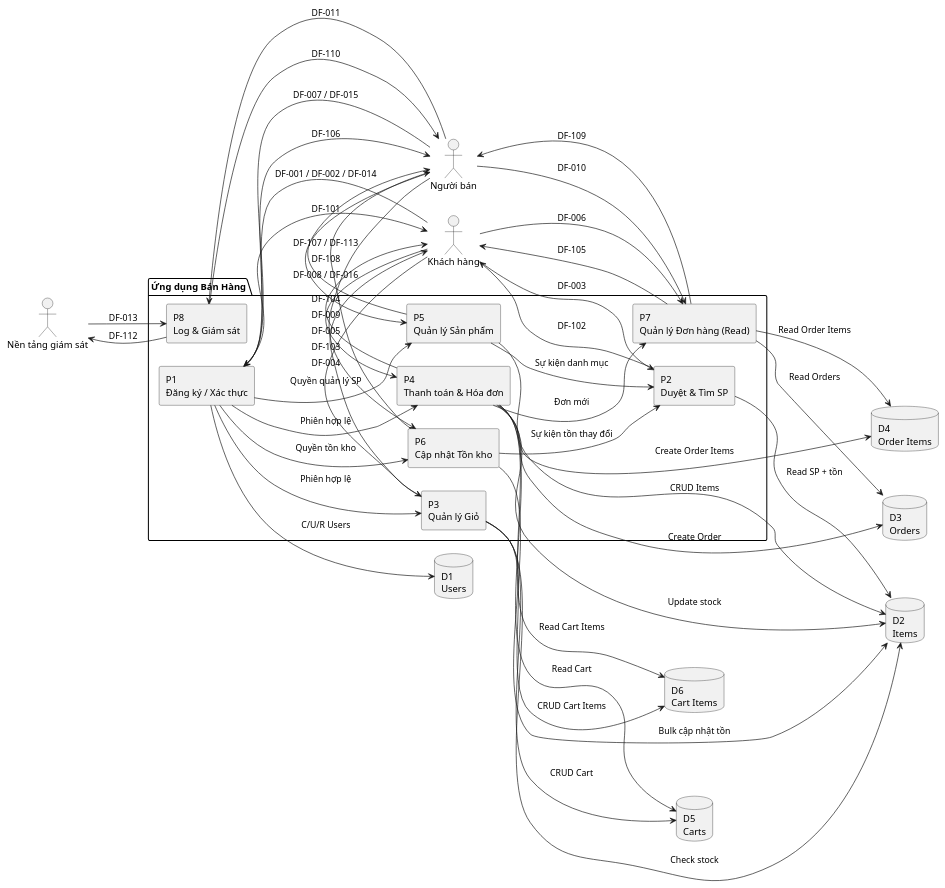
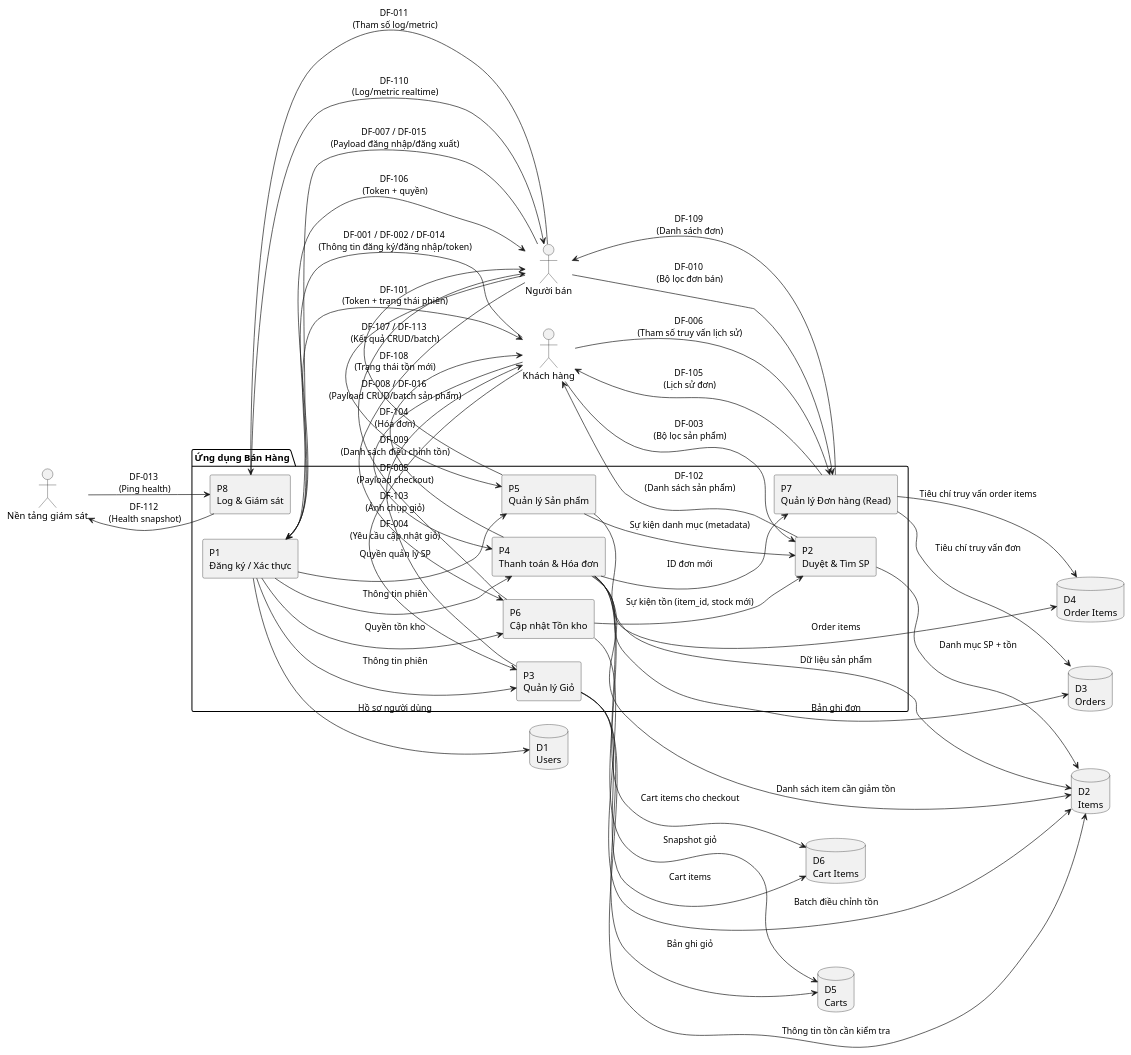
One commit to KhoaNguyen01004/QuanLyBanHang changed the diagram in Diagrams/software_dfd_level1.puml. Above: the diagram before and after it, drawn with PlantUML. The commit also changed 9 other files, not shown here.

```diff
--- a/Diagrams/software_dfd_level1.puml
+++ b/Diagrams/software_dfd_level1.puml
@@ -1,80 +1,80 @@
 @startuml DFD_Level_1
 hide stereotype
 left to right direction
 ' Legend: P# = Process, D# = Data Store
 
 actor "Khách hàng" as Customer
 actor "Người bán" as Merchant
 actor "Nền tảng giám sát" as Monitor
 
 package "Ứng dụng Bán Hàng" as System {
   rectangle "P1\nĐăng ký / Xác thực" as P1
   rectangle "P2\nDuyệt & Tìm SP" as P2
   rectangle "P3\nQuản lý Giỏ" as P3
   rectangle "P4\nThanh toán & Hóa đơn" as P4
   rectangle "P5\nQuản lý Sản phẩm" as P5
   rectangle "P6\nCập nhật Tồn kho" as P6
   rectangle "P7\nQuản lý Đơn hàng (Read)" as P7
   rectangle "P8\nLog & Giám sát" as P8
 }
 
 ' Data Stores
 database "D1\nUsers" as D1
 database "D2\nItems" as D2
 database "D3\nOrders" as D3
 database "D4\nOrder Items" as D4
 database "D5\nCarts" as D5
 database "D6\nCart Items" as D6
 
 ' External interactions
-Customer --> P1 : DF-001 / DF-002 / DF-014
-Customer --> P2 : DF-003
-Customer --> P3 : DF-004
-Customer --> P4 : DF-005
-Customer --> P7 : DF-006
-Merchant --> P1 : DF-007 / DF-015
-Merchant --> P5 : DF-008 / DF-016
-Merchant --> P6 : DF-009
-Merchant --> P7 : DF-010
-Merchant --> P8 : DF-011
-Monitor --> P8 : DF-013
+Customer --> P1 : DF-001 / DF-002 / DF-014 \n(Thông tin đăng ký/đăng nhập/token)
+Customer --> P2 : DF-003 \n(Bộ lọc sản phẩm)
+Customer --> P3 : DF-004 \n(Yêu cầu cập nhật giỏ)
+Customer --> P4 : DF-005 \n(Payload checkout)
+Customer --> P7 : DF-006 \n(Tham số truy vấn lịch sử)
+Merchant --> P1 : DF-007 / DF-015 \n(Payload đăng nhập/đăng xuất)
+Merchant --> P5 : DF-008 / DF-016 \n(Payload CRUD/batch sản phẩm)
+Merchant --> P6 : DF-009 \n(Danh sách điều chỉnh tồn)
+Merchant --> P7 : DF-010 \n(Bộ lọc đơn bán)
+Merchant --> P8 : DF-011 \n(Tham số log/metric)
+Monitor --> P8 : DF-013 \n(Ping health)
 
 ' Process-to-process
-P1 --> P3 : Phiên hợp lệ
-P1 --> P4 : Phiên hợp lệ
+P1 --> P3 : Thông tin phiên
+P1 --> P4 : Thông tin phiên
 P1 --> P5 : Quyền quản lý SP
 P1 --> P6 : Quyền tồn kho
-P4 --> P7 : Đơn mới
-P6 --> P2 : Sự kiện tồn thay đổi
-P5 --> P2 : Sự kiện danh mục
+P4 --> P7 : ID đơn mới
+P6 --> P2 : Sự kiện tồn (item_id, stock mới)
+P5 --> P2 : Sự kiện danh mục (metadata)
 
 ' Process ↔ Data Store
-P1 --> D1 : C/U/R Users
-P2 --> D2 : Read SP + tồn
-P3 --> D5 : CRUD Cart
-P3 --> D6 : CRUD Cart Items
-P3 --> D2 : Check stock
-P4 --> D5 : Read Cart
-P4 --> D6 : Read Cart Items
-P4 --> D3 : Create Order
-P4 --> D4 : Create Order Items
-P4 --> D2 : Update stock
-P5 --> D2 : CRUD Items
-P6 --> D2 : Bulk cập nhật tồn
-P7 --> D3 : Read Orders
-P7 --> D4 : Read Order Items
+P1 --> D1 : Hồ sơ người dùng
+P2 --> D2 : Danh mục SP + tồn
+P3 --> D5 : Bản ghi giỏ
+P3 --> D6 : Cart items
+P3 --> D2 : Thông tin tồn cần kiểm tra
+P4 --> D5 : Snapshot giỏ
+P4 --> D6 : Cart items cho checkout
+P4 --> D3 : Bản ghi đơn
+P4 --> D4 : Order items
+P4 --> D2 : Danh sách item cần giảm tồn
+P5 --> D2 : Dữ liệu sản phẩm
+P6 --> D2 : Batch điều chỉnh tồn
+P7 --> D3 : Tiêu chí truy vấn đơn
+P7 --> D4 : Tiêu chí truy vấn order items
 
 ' Process responses
-P1 --> Customer : DF-101
-P2 --> Customer : DF-102
-P3 --> Customer : DF-103
-P4 --> Customer : DF-104
-P7 --> Customer : DF-105
-P1 --> Merchant : DF-106
-P5 --> Merchant : DF-107 / DF-113
-P6 --> Merchant : DF-108
-P7 --> Merchant : DF-109
-P8 --> Merchant : DF-110
-P8 --> Monitor : DF-112
+P1 --> Customer : DF-101 \n(Token + trạng thái phiên)
+P2 --> Customer : DF-102 \n(Danh sách sản phẩm)
+P3 --> Customer : DF-103 \n(Ảnh chụp giỏ)
+P4 --> Customer : DF-104 \n(Hóa đơn)
+P7 --> Customer : DF-105 \n(Lịch sử đơn)
+P1 --> Merchant : DF-106 \n(Token + quyền)
+P5 --> Merchant : DF-107 / DF-113 \n(Kết quả CRUD/batch)
+P6 --> Merchant : DF-108 \n(Trạng thái tồn mới)
+P7 --> Merchant : DF-109 \n(Danh sách đơn)
+P8 --> Merchant : DF-110 \n(Log/metric realtime)
+P8 --> Monitor : DF-112 \n(Health snapshot)
 
 @enduml
```
